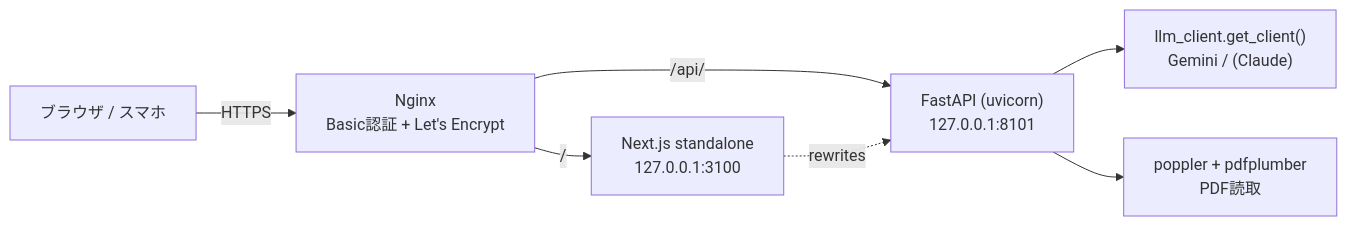
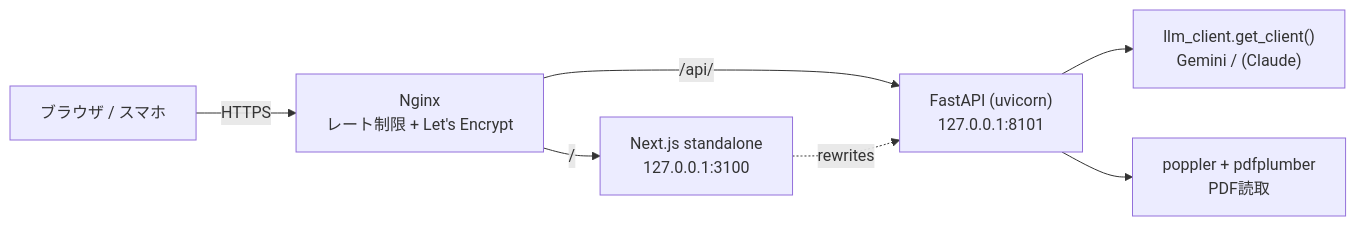
Before and after one commit to akiijauto/keiri-ai: the second of 2 diagrams in README.md, drawn with Mermaid. The commit also changed other lines of this file, not shown here.

````diff
--- a/README.md
+++ b/README.md
@@ -102,9 +102,9 @@
 ```mermaid
 flowchart LR
-    USER["ブラウザ / スマホ"] -->|HTTPS| NGINX["Nginx<br/>Basic認証 + Let's Encrypt"]
+    USER["ブラウザ / スマホ"] -->|HTTPS| NGINX["Nginx<br/>レート制限 + Let's Encrypt"]
     NGINX -->|"/"| WEB["Next.js standalone<br/>127.0.0.1:3100"]
     NGINX -->|"/api/"| API["FastAPI (uvicorn)<br/>127.0.0.1:8101"]
     WEB -.->|rewrites| API
     API --> LLM["llm_client.get_client()<br/>Gemini / (Claude)"]
     API --> POP["poppler + pdfplumber<br/>PDF読取"]
 ```
````
